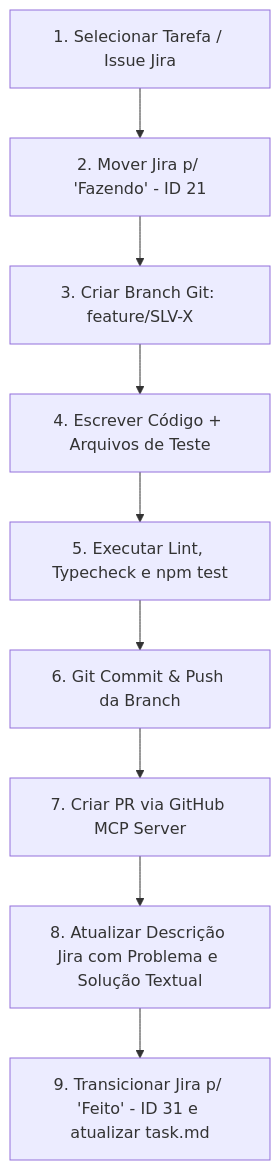
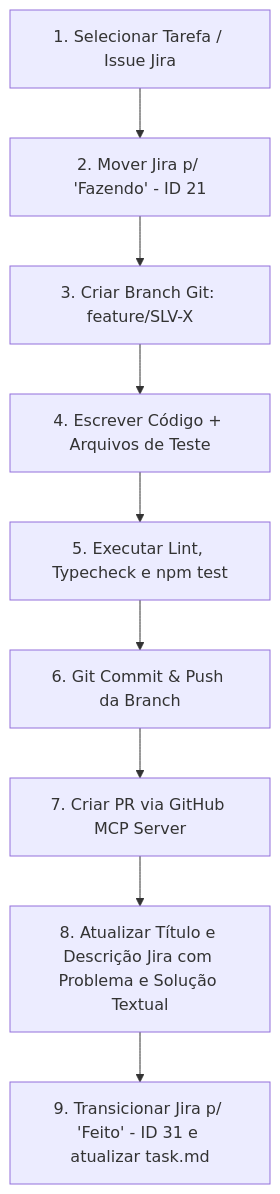
Before and after one commit to Digital-Analytics-Apps/sci-latex-vscode-ai: the diagram in docs/planning/WORKFLOW_SKILL.md, drawn with Mermaid. The commit also changed other lines of this file, not shown here.

Commit message:
docs: update WORKFLOW_SKILL.md to include Title and Description enhancements in Jira workflow

````diff
--- a/docs/planning/WORKFLOW_SKILL.md
+++ b/docs/planning/WORKFLOW_SKILL.md
@@ -19,11 +19,11 @@
 ```mermaid
 graph TD
     A[1. Selecionar Tarefa / Issue Jira] --> B[2. Mover Jira p/ 'Fazendo' - ID 21]
     B --> C[3. Criar Branch Git: feature/SLV-X]
     C --> D[4. Escrever Código + Arquivos de Teste]
     D --> E[5. Executar Lint, Typecheck e npm test]
     E --> F[6. Git Commit & Push da Branch]
     F --> G[7. Criar PR via GitHub MCP Server]
-    G --> H[8. Atualizar Descrição Jira com Problema e Solução Textual]
+    G --> H[8. Atualizar Título e Descrição Jira com Problema e Solução Textual]
     H --> I[9. Transicionar Jira p/ 'Feito' - ID 31 e atualizar task.md]
 ```
````
